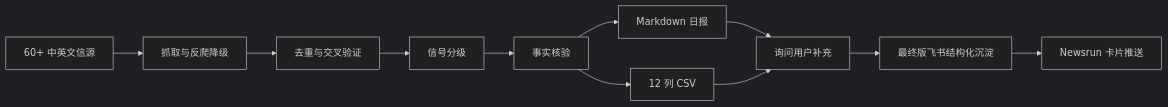
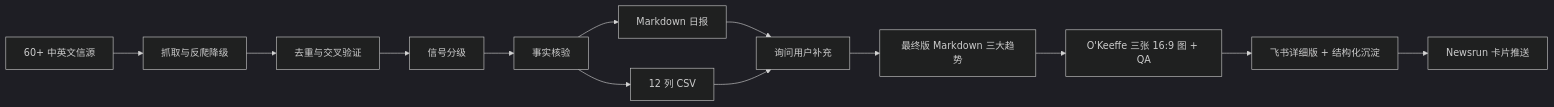
The diagram in README.md (chengjialu8888/AI_News_Digest), drawn with Mermaid (dark theme) before and after one commit. The commit also changed other lines of this file and 237 other files, not shown here.

````diff
--- a/README.md
+++ b/README.md
@@ -81,13 +83,15 @@
 ```mermaid
 flowchart LR
     A["60+ 中英文信源"] --> B["抓取与反爬降级"]
     B --> C["去重与交叉验证"]
     C --> D["信号分级"]
     D --> E["事实核验"]
     E --> F["Markdown 日报"]
     E --> G["12 列 CSV"]
     F --> H["询问用户补充"]
     G --> H
-    H --> I["最终版飞书结构化沉淀"]
-    I --> J["Newsrun 卡片推送"]
+    H --> I["最终版 Markdown 三大趋势"]
+    I --> J["O'Keeffe 三张 16:9 图 + QA"]
+    J --> K["飞书详细版 + 结构化沉淀"]
+    K --> L["Newsrun 卡片推送"]
 ```
````
